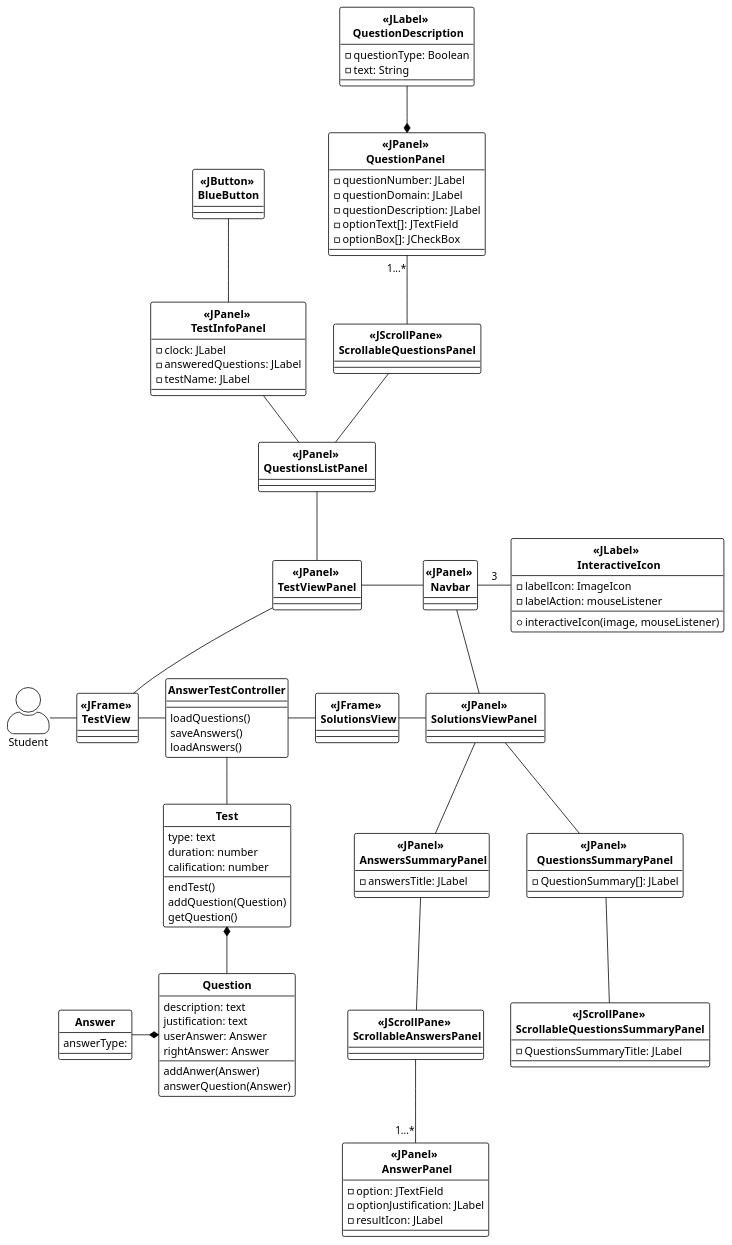
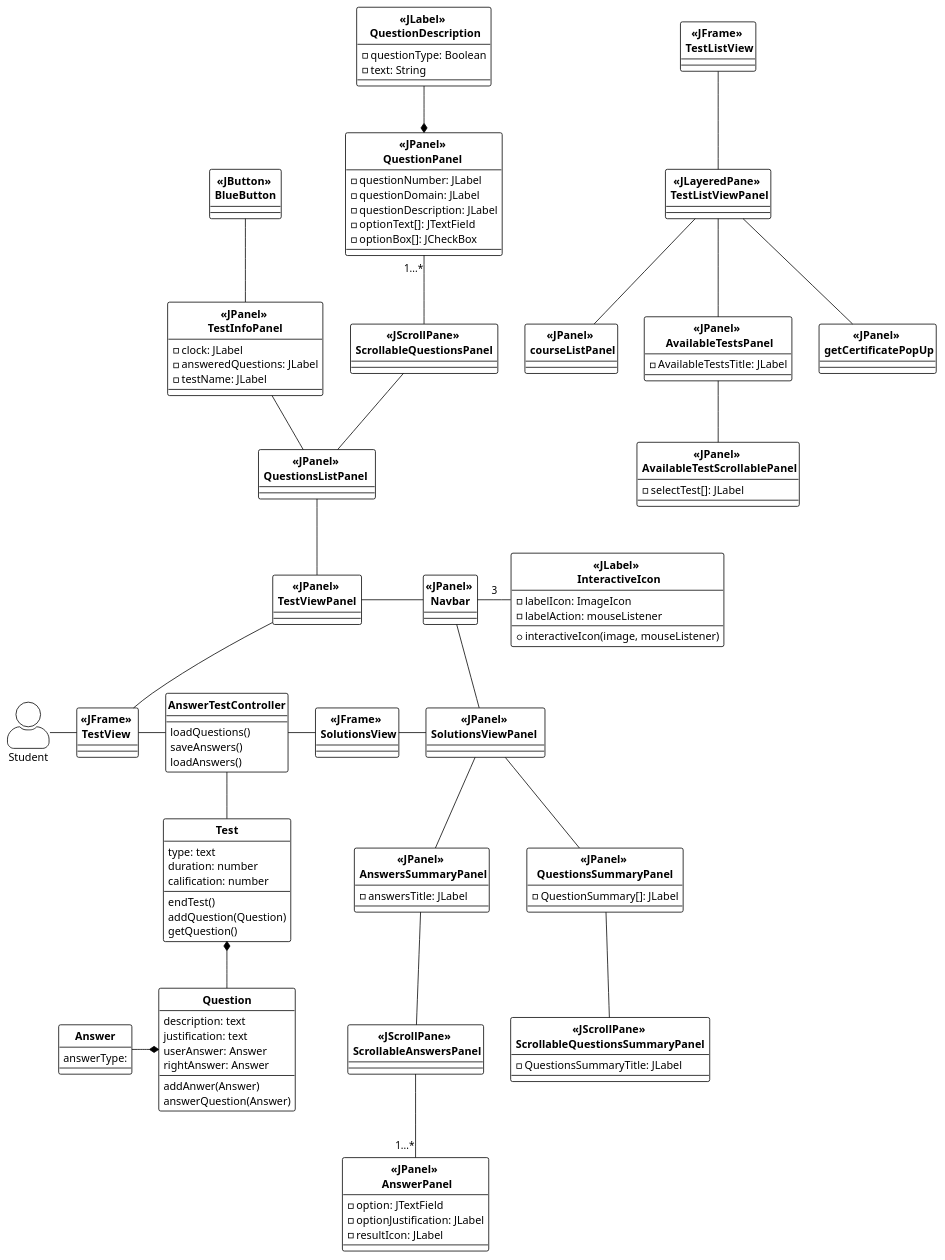
Before and after one commit to MiguelCiav/Uhuru: the diagram in docs/logicalView/designView/usecaseDesign/designClasses.plantuml, drawn with PlantUML. The commit also changed 34 other files, not shown here.

```diff
--- a/docs/logicalView/designView/usecaseDesign/designClasses.plantuml
+++ b/docs/logicalView/designView/usecaseDesign/designClasses.plantuml
@@ -159,7 +159,36 @@
 
 '' CASO DE USO GETCERTIFICATE
 
+class "<<JFrame>> \n TestListView" as TestListView {
 
+}
+
+class "<<JLayeredPane>> \n TestListViewPanel" as TestListViewPanel {
+
+}
+
+class "<<JPanel>> \n courseListPanel" as courseListPanel {
+
+}
+
+class "<<JPanel>> \n AvailableTestsPanel" as AvailableTestsPanel {
+    - AvailableTestsTitle: JLabel
+}
+
+class "<<JPanel>> \n AvailableTestScrollablePanel" as AvailableTestScrollablePanel {
+    - selectTest[]: JLabel
+}
+
+class "<<JPanel>> \n getCertificatePopUp" as getCertificatePopUp {
+    
+}
+
+
+TestListView -- TestListViewPanel
+TestListViewPanel -- courseListPanel
+TestListViewPanel -- AvailableTestsPanel
+TestListViewPanel -- getCertificatePopUp
+AvailableTestsPanel -- AvailableTestScrollablePanel
 
 Student -r- TestView
 
@@ -173,7 +202,4 @@
 
 Answer -r-* Question
 
-
-
-
 @endUML
```
